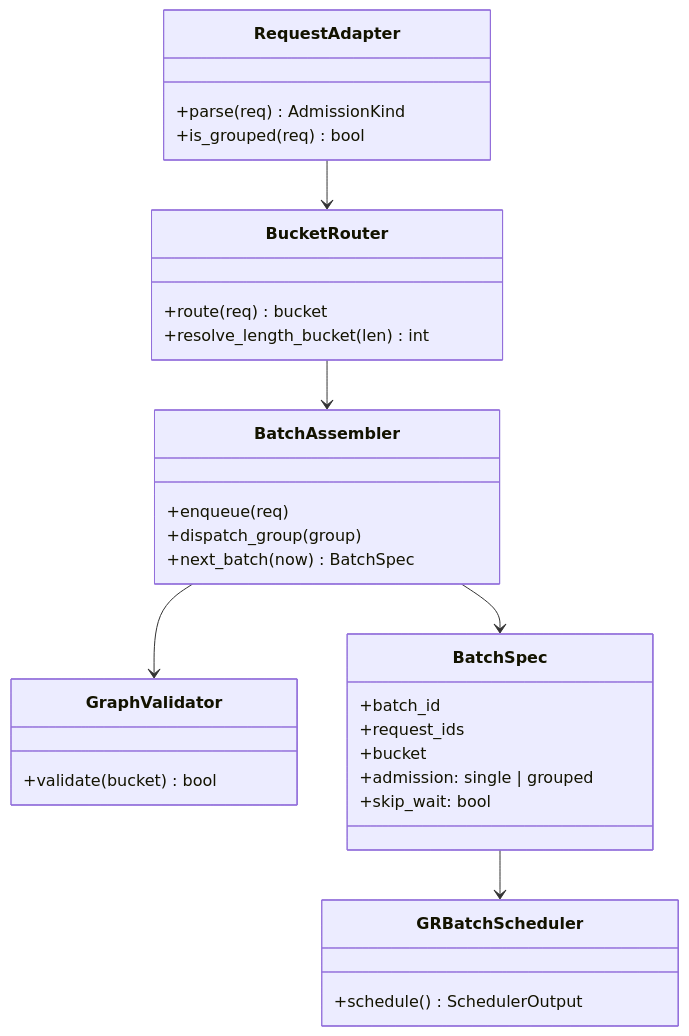
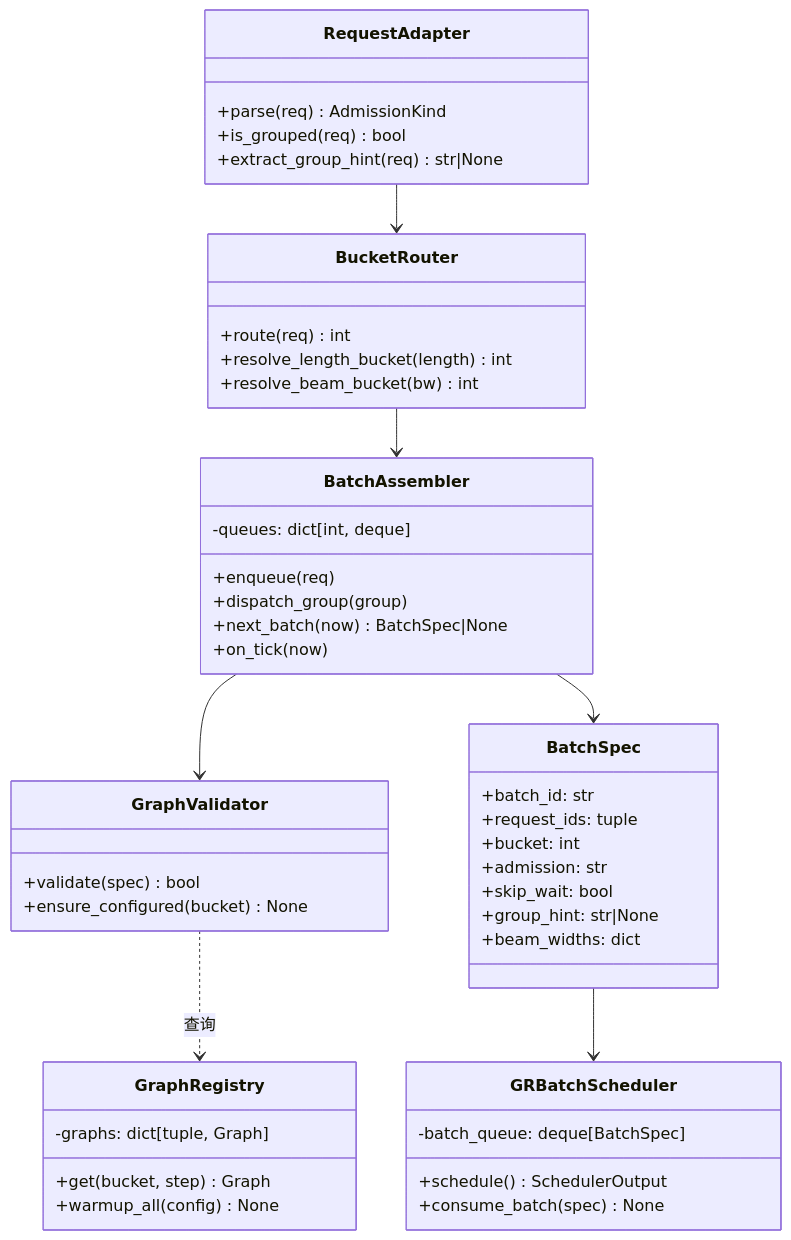
Before and after one commit to ZhiYunpenghuawei/p1: the fifth of 10 diagrams in scheduler_plugin_architecture.md, drawn with Mermaid. The commit also changed other lines of this file, not shown here.

````diff
--- a/scheduler_plugin_architecture.md
+++ b/scheduler_plugin_architecture.md
@@ -195,35 +238,50 @@
 ```mermaid
 classDiagram
     class RequestAdapter {
         +parse(req) AdmissionKind
         +is_grouped(req) bool
+        +extract_group_hint(req) str|None
     }
     class BucketRouter {
-        +route(req) bucket
-        +resolve_length_bucket(len) int
+        +route(req) int
+        +resolve_length_bucket(length) int
+        +resolve_beam_bucket(bw) int
     }
     class BatchAssembler {
         +enqueue(req)
         +dispatch_group(group)
-        +next_batch(now) BatchSpec
+        +next_batch(now) BatchSpec|None
+        +on_tick(now)
+        -queues: dict[int, deque]
     }
     class GraphValidator {
-        +validate(bucket) bool
+        +validate(spec) bool
+        +ensure_configured(bucket) None
+    }
+    class GraphRegistry {
+        +get(bucket, step) Graph
+        +warmup_all(config) None
+        -graphs: dict[tuple, Graph]
     }
     class GRBatchScheduler {
         +schedule() SchedulerOutput
+        +consume_batch(spec) None
+        -batch_queue: deque[BatchSpec]
     }
     class BatchSpec {
-        +batch_id
-        +request_ids
-        +bucket
-        +admission: single | grouped
+        +batch_id: str
+        +request_ids: tuple
+        +bucket: int
+        +admission: str
         +skip_wait: bool
+        +group_hint: str|None
+        +beam_widths: dict
     }
 
     RequestAdapter --> BucketRouter
     BucketRouter --> BatchAssembler
     BatchAssembler --> GraphValidator
     BatchAssembler --> BatchSpec
     BatchSpec --> GRBatchScheduler
+    GraphValidator ..> GraphRegistry : 查询
 ```
````
